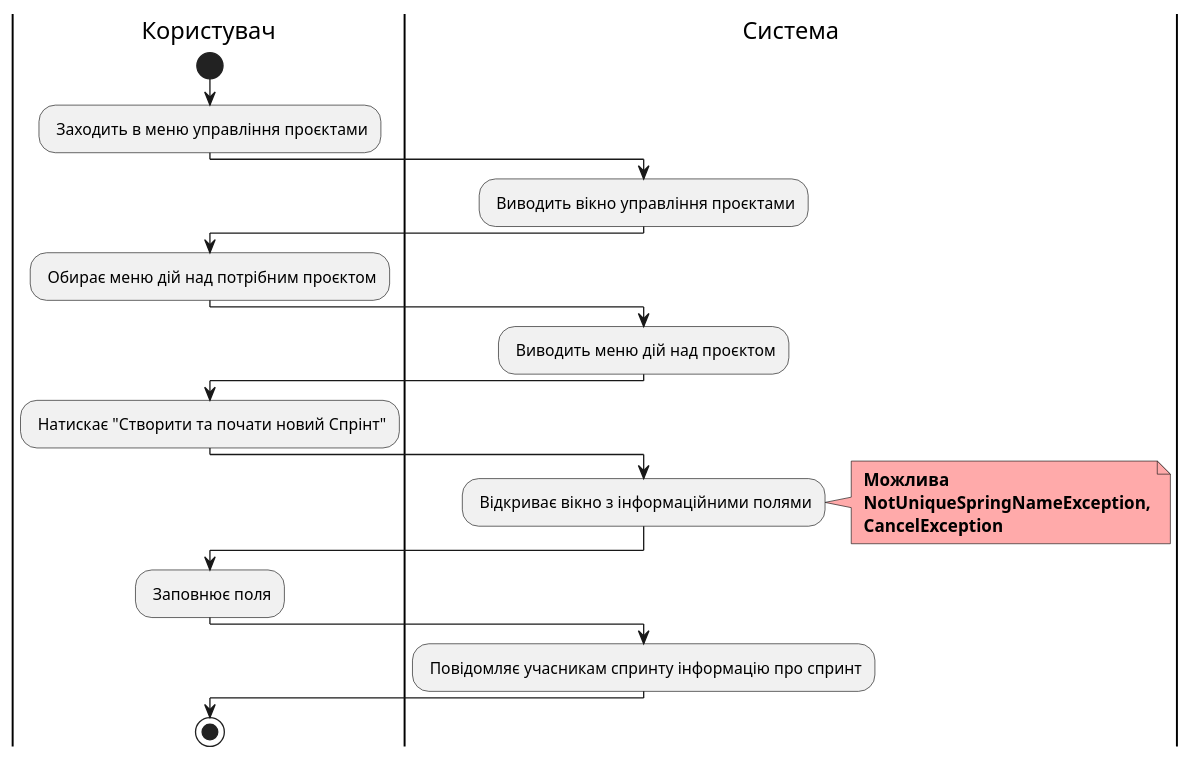
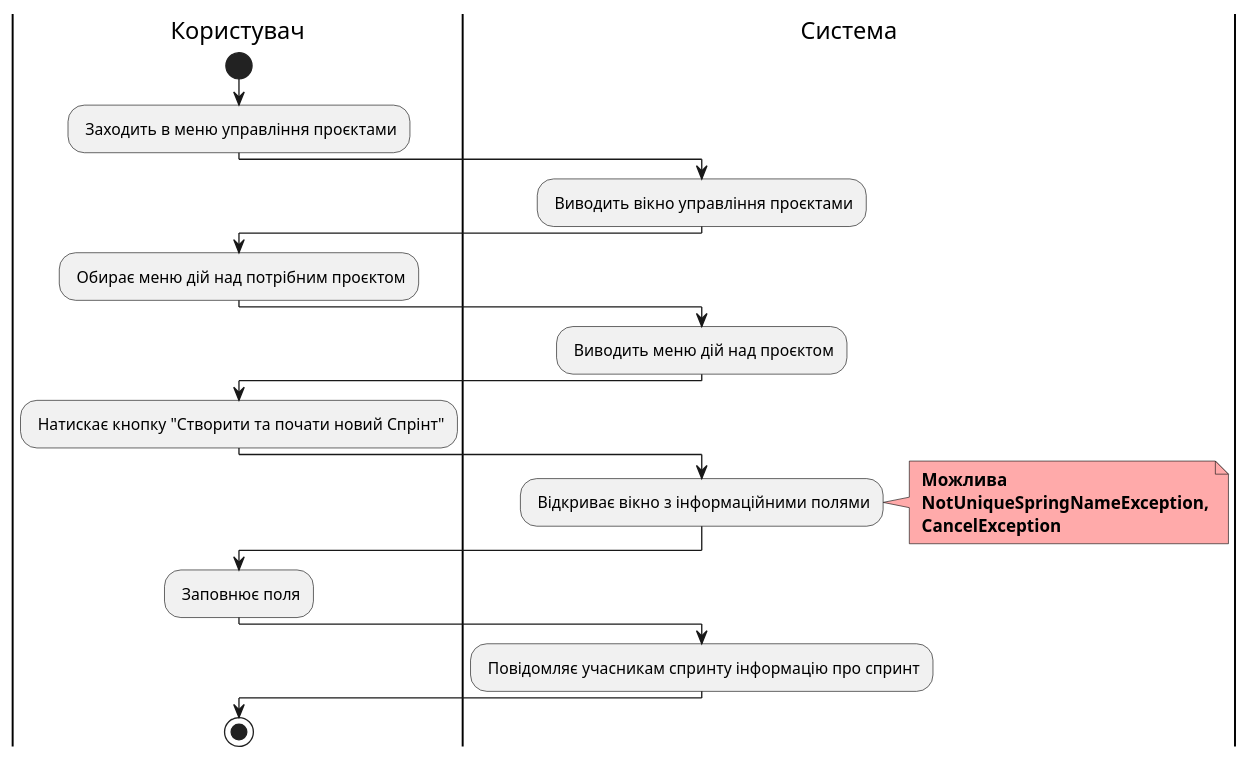
Diagram 19 of 23 in docs/use cases/README.md (witchkaa/databases-course-work), drawn with PlantUML before and after one commit. The commit also changed other lines of this file and 1 other file, not shown here.

```diff
--- a/docs/use cases/README.md
+++ b/docs/use cases/README.md
@@ -754,35 +754,35 @@
 @startuml
 
     |Користувач|
     start;
     : Заходить в меню управління проєктами;
 
     |Система|
     : Виводить вікно управління проєктами;
 
     |Користувач|
     : Обирає меню дій над потрібним проєктом;
 
     |Система|
     : Виводить меню дій над проєктом; 
 
     |Користувач|
-    : Натискає "Створити та почати новий Спрінт";
+    : Натискає кнопку "Створити та почати новий Спрінт";
 
     |Система|
     : Відкриває вікно з інформаційними полями;
     note right #ffaaaa
     <b> Можлива
     <b> NotUniqueSpringNameException,
     <b> CancelException
     end note
 
     |Користувач|
     : Заповнює поля;
 
     |Система|
     : Повідомляє учасникам спринту інформацію про спринт;
 
     |Користувач|
     stop;
 @enduml
```
